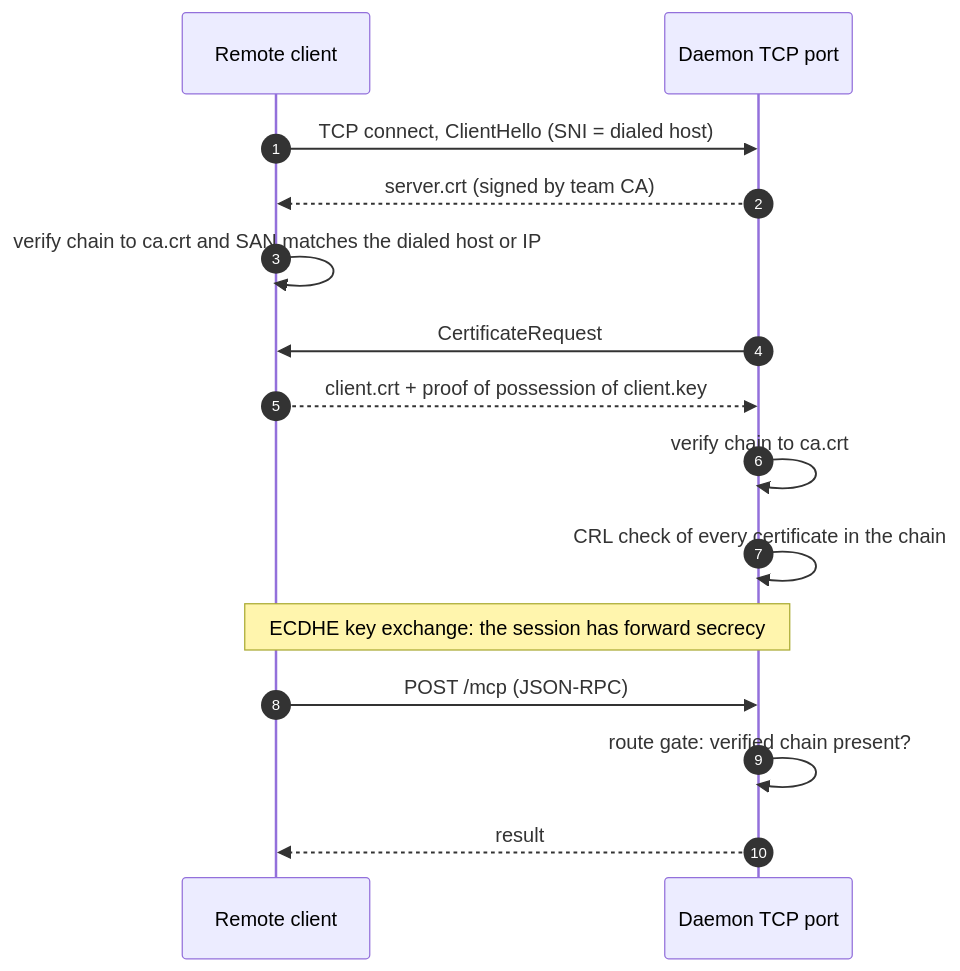
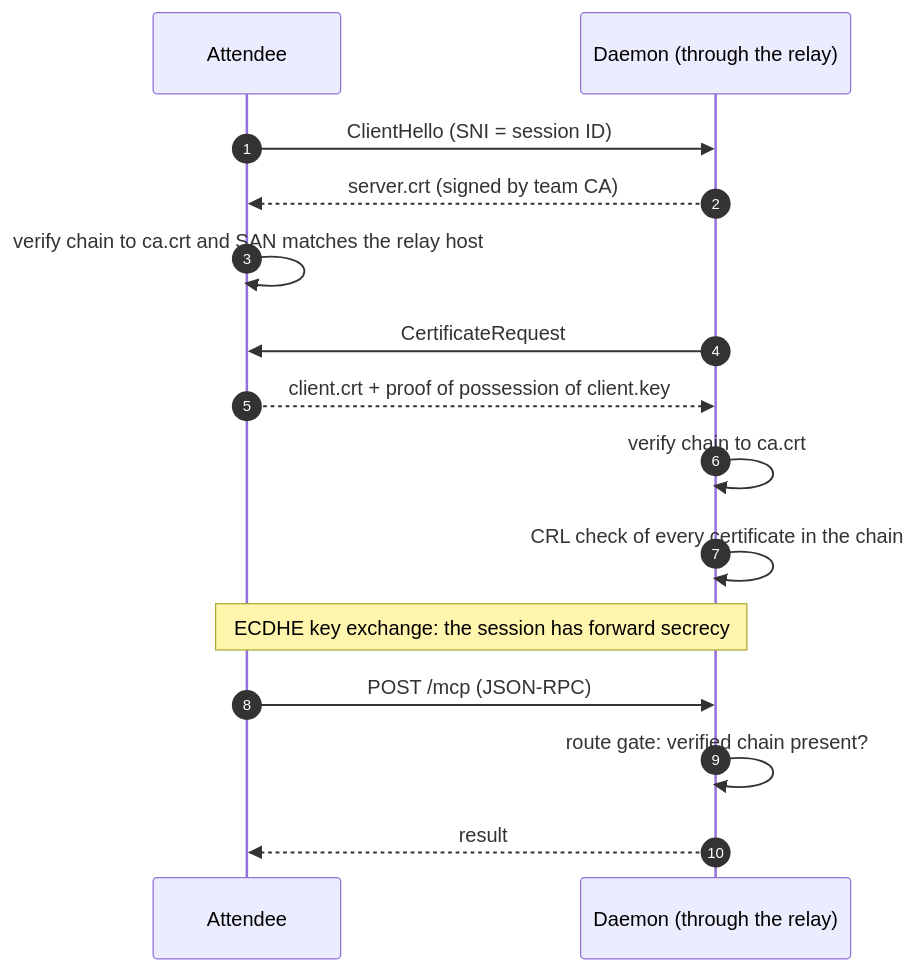
The tenth of 24 diagrams in docs/cryptography.md (samrocketman/go-kbtool), drawn with Mermaid before and after one commit. The commit also changed other lines of this file and 64 other files, not shown here.

````diff
--- a/docs/cryptography.md
+++ b/docs/cryptography.md
@@ -285,17 +408,17 @@
 ```mermaid
 sequenceDiagram
   autonumber
-  participant C as Remote client
-  participant D as Daemon TCP port
-  C->>D: TCP connect, ClientHello (SNI = dialed host)
+  participant C as Attendee
+  participant D as Daemon (through the relay)
+  C->>D: ClientHello (SNI = session ID)
   D-->>C: server.crt (signed by team CA)
-  C->>C: verify chain to ca.crt and SAN matches the dialed host or IP
+  C->>C: verify chain to ca.crt and SAN matches the relay host
   D->>C: CertificateRequest
   C-->>D: client.crt + proof of possession of client.key
   D->>D: verify chain to ca.crt
   D->>D: CRL check of every certificate in the chain
   Note over C,D: ECDHE key exchange: the session has forward secrecy
   C->>D: POST /mcp (JSON-RPC)
   D->>D: route gate: verified chain present?
   D-->>C: result
 ```
````
